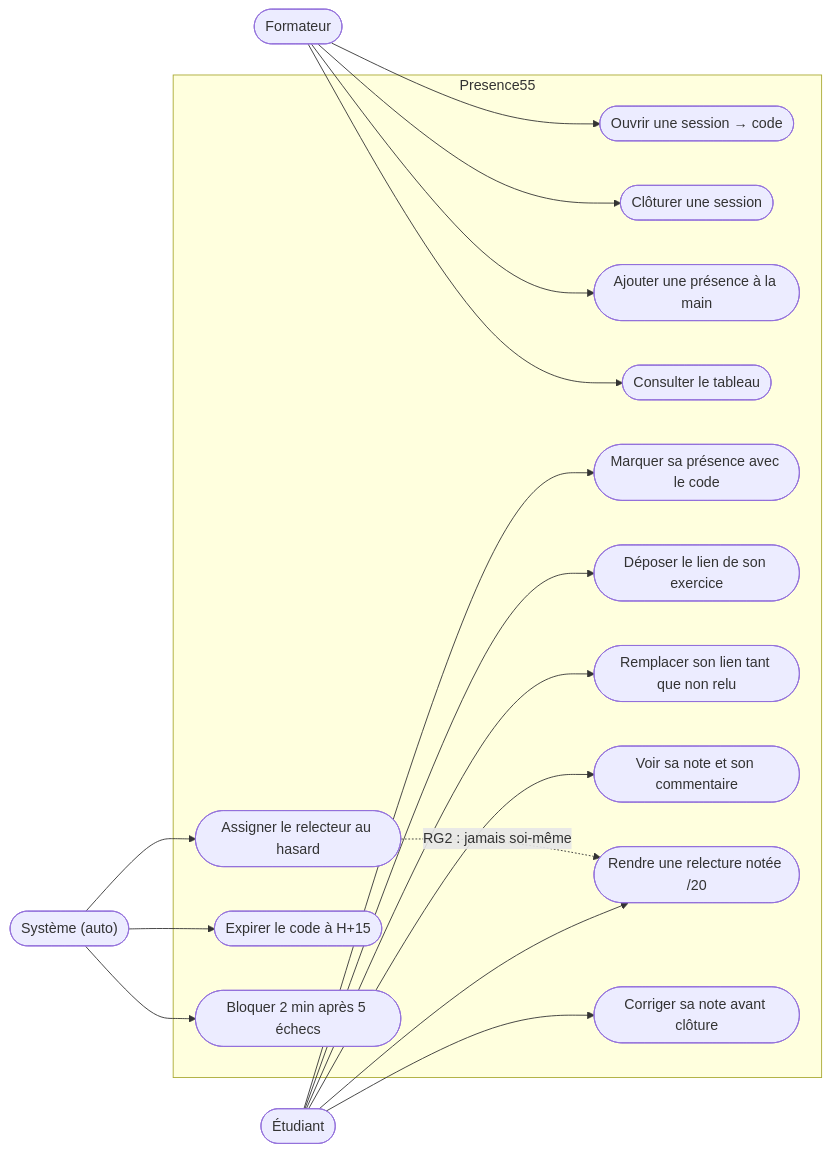
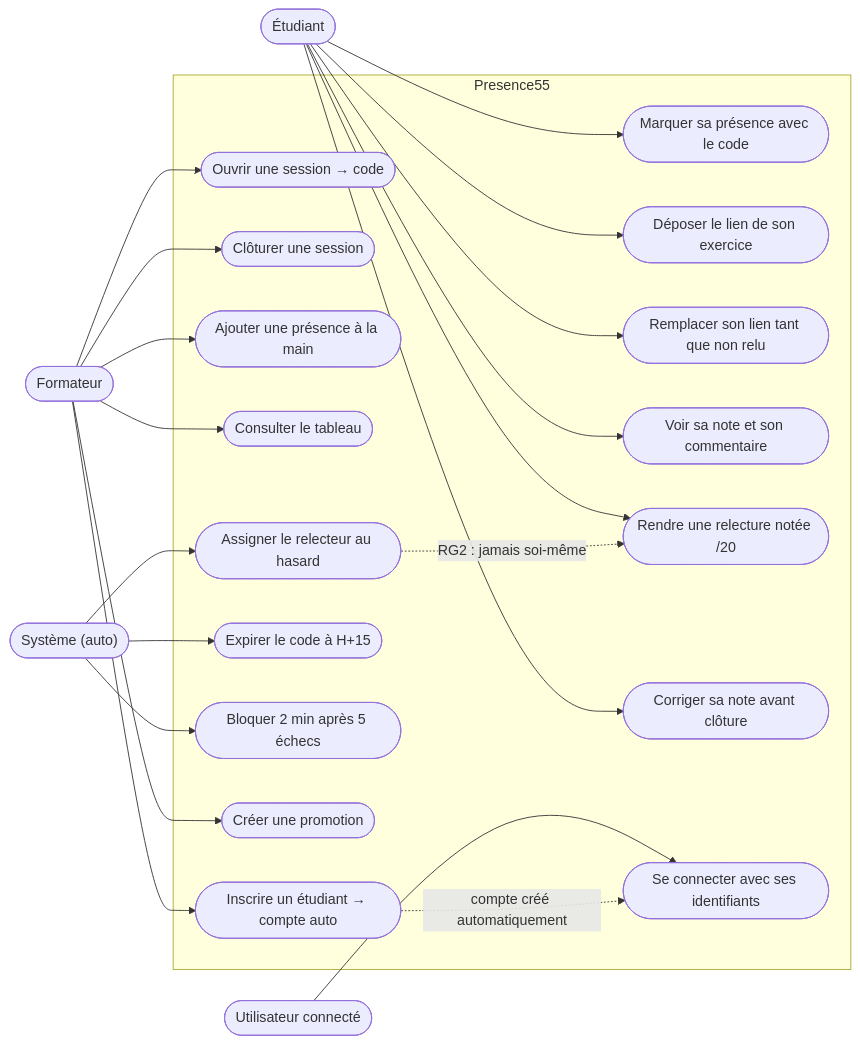
The diagram in docs/diagrammes/D1-cas-utilisation.md (zidane2001/kfokam48-epreuve-269), drawn with Mermaid before and after one commit. The commit also changed other lines of this file and 6 other files, not shown here.

````diff
--- a/docs/diagrammes/D1-cas-utilisation.md
+++ b/docs/diagrammes/D1-cas-utilisation.md
@@ -3,37 +3,45 @@
 ```mermaid
 graph LR
     formateur([Formateur])
     etudiant([Étudiant])
+    utilisateur([Utilisateur connecté])
     systeme(["Système (auto)"])
 
     subgraph Presence55
       UC1([Ouvrir une session → code])
       UC2([Clôturer une session])
       UC3([Ajouter une présence à la main])
       UC4([Consulter le tableau])
       UC5([Marquer sa présence avec le code])
       UC6([Déposer le lien de son exercice])
       UC7([Remplacer son lien tant que non relu])
       UC8([Voir sa note et son commentaire])
       UC9([Rendre une relecture notée /20])
       UC10([Corriger sa note avant clôture])
       UC11([Assigner le relecteur au hasard])
       UC12([Expirer le code à H+15])
       UC13([Bloquer 2 min après 5 échecs])
+      UC14([Se connecter avec ses identifiants])
+      UC15([Créer une promotion])
+      UC16([Inscrire un étudiant → compte auto])
     end
 
+    utilisateur --> UC14
     formateur --> UC1
     formateur --> UC2
     formateur --> UC3
     formateur --> UC4
+    formateur --> UC15
+    formateur --> UC16
     etudiant --> UC5
     etudiant --> UC6
     etudiant --> UC7
     etudiant --> UC8
     etudiant --> UC9
     etudiant --> UC10
     systeme --> UC11
     systeme --> UC12
     systeme --> UC13
     UC11 -. RG2 : jamais soi-même .-> UC9
+    UC16 -. compte créé automatiquement .-> UC14
 ```
````
